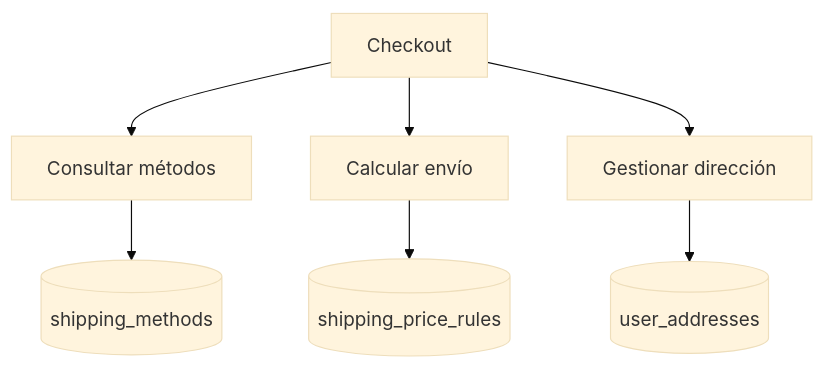
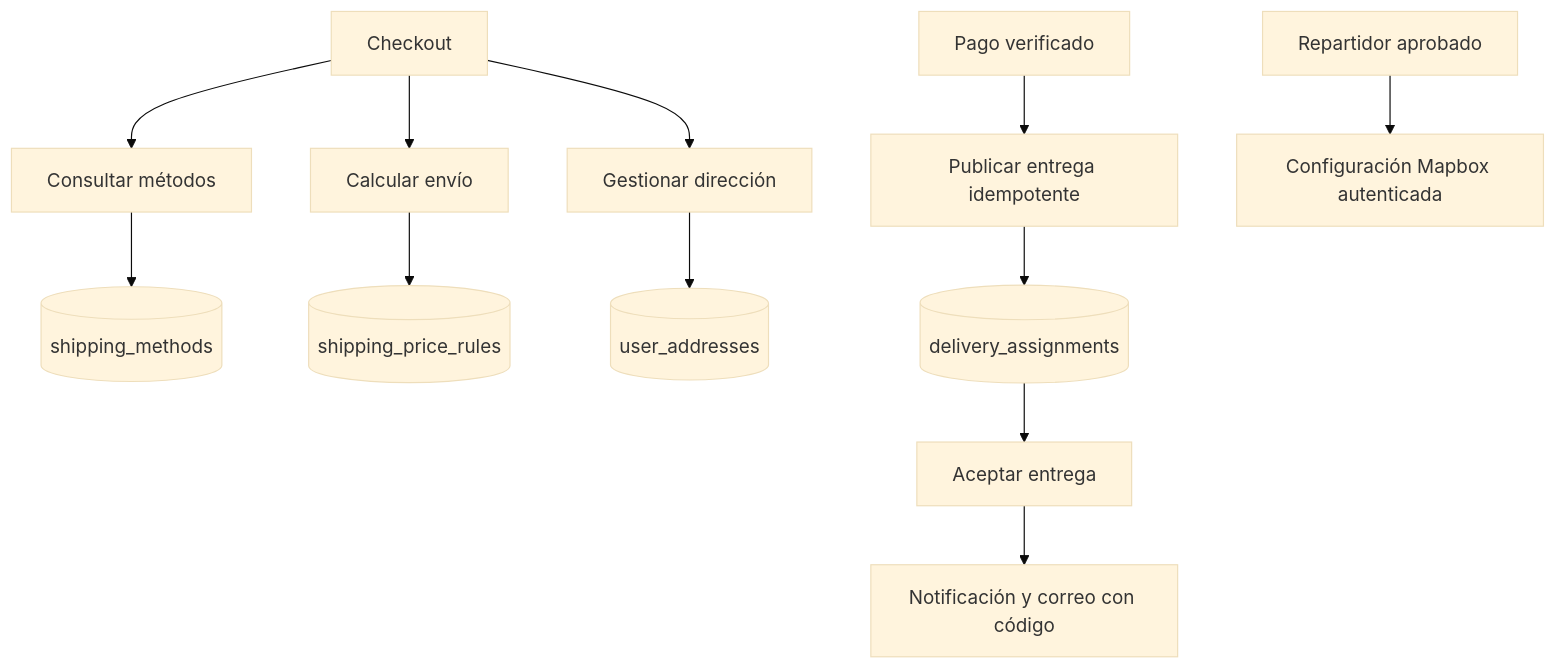
One commit to Braian551/Angelow_microservices changed the diagram in services/shipping-service/docs/README.md. Above: the diagram before and after it, drawn with Mermaid (base theme). The commit also changed other lines of this file and 456 other files, not shown here.

````diff
--- a/services/shipping-service/docs/README.md
+++ b/services/shipping-service/docs/README.md
@@ -9,9 +9,14 @@
 ```mermaid
 flowchart TD
   A[Checkout] --> B[Consultar métodos]
   B --> C[(shipping_methods)]
   A --> D[Calcular envío]
   D --> E[(shipping_price_rules)]
   A --> F[Gestionar dirección]
   F --> G[(user_addresses)]
+  H[Pago verificado] --> I[Publicar entrega idempotente]
+  I --> J[(delivery_assignments)]
+  K[Repartidor aprobado] --> L[Configuración Mapbox autenticada]
+  J --> M[Aceptar entrega]
+  M --> N[Notificación y correo con código]
 ```
````
